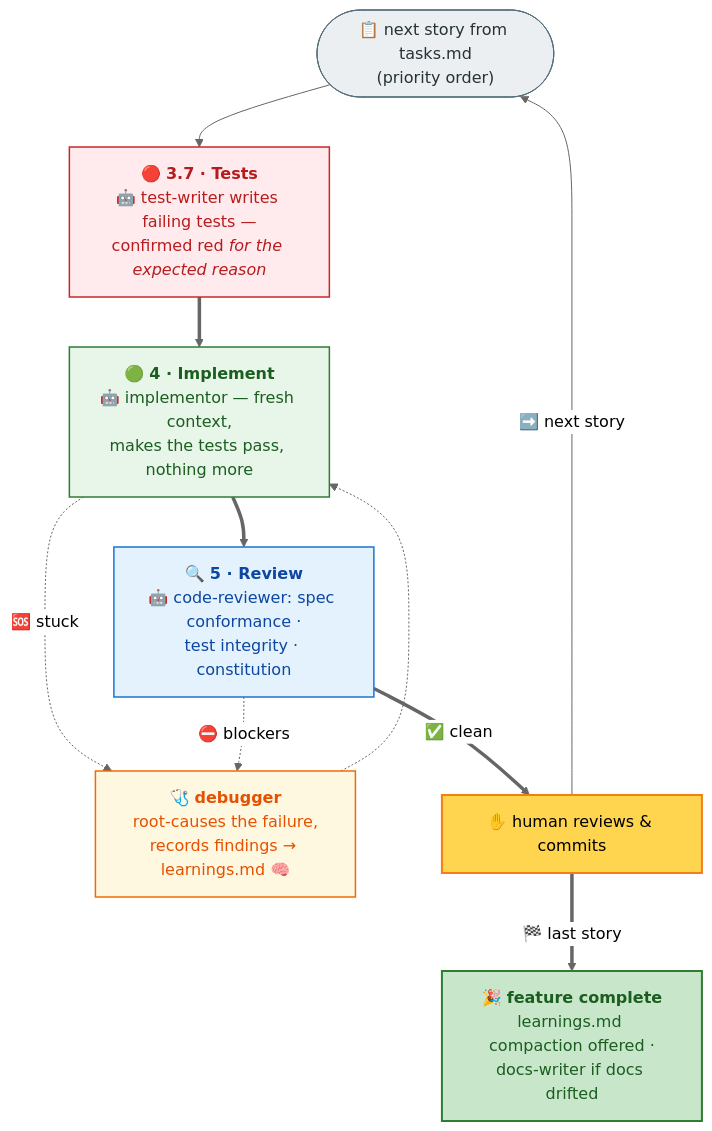
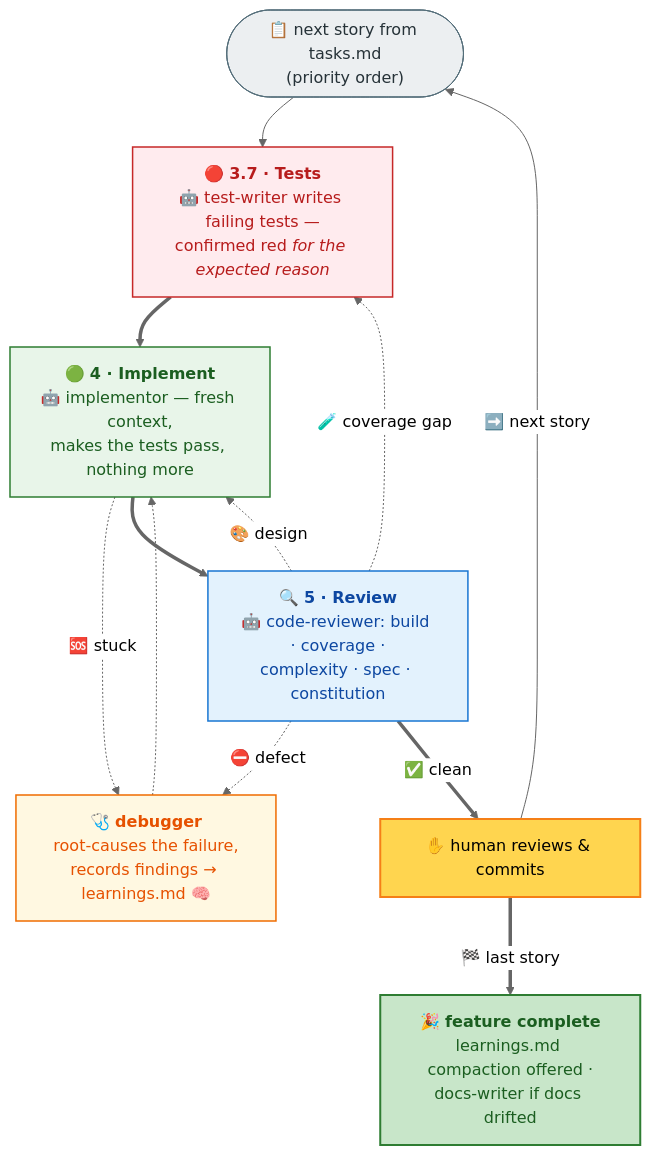
Before and after one commit to saptarshibasu/spec-driven-development: the fourth of 5 diagrams in README.md, drawn with Mermaid (neutral theme). The commit also changed 26 other files, not shown here.

Commit message:
add steps to do cognitive analysis, static analysis, code coverage. Added instructions to invoke approval gates when a feature is resumed.

````diff
--- a/README.md
+++ b/README.md
@@ -186,33 +186,35 @@
 ```mermaid
 flowchart TD
     PICK(["📋 next story from tasks.md<br/>(priority order)"]) --> TW
 
     TW["🔴 <b>3.7 · Tests</b><br/>🤖 test-writer writes failing tests —<br/>confirmed red <i>for the expected reason</i>"] ==> IM
     IM["🟢 <b>4 · Implement</b><br/>🤖 implementor — fresh context,<br/>makes the tests pass, nothing more"]
 
     IM -.->|"🆘 stuck"| DB["🩺 <b>debugger</b><br/>root-causes the failure,<br/>records findings → learnings.md 🧠"]
     DB -.-> IM
 
-    IM ==> RV["🔍 <b>5 · Review</b><br/>🤖 code-reviewer: spec conformance ·<br/>test integrity · constitution"]
-    RV -.->|"⛔ blockers"| DB
+    IM ==> RV["🔍 <b>5 · Review</b><br/>🤖 code-reviewer: build · coverage ·<br/>complexity · spec · constitution"]
+    RV -.->|"⛔ defect"| DB
+    RV -.->|"🎨 design"| IM
+    RV -.->|"🧪 coverage gap"| TW
     RV ==>|"✅ clean"| CM["✋ human reviews & commits"]
 
     CM -->|"➡️ next story"| PICK
     CM ==>|"🏁 last story"| FIN["🎉 <b>feature complete</b><br/>learnings.md compaction offered ·<br/>docs-writer if docs drifted"]
 
     classDef red fill:#ffebee,stroke:#c62828,stroke-width:1.5px,color:#b71c1c
     classDef green fill:#e8f5e9,stroke:#2e7d32,stroke-width:1.5px,color:#1b5e20
     classDef review fill:#e3f2fd,stroke:#1976d2,stroke-width:1.5px,color:#0d47a1
     classDef debug fill:#fff8e1,stroke:#ef6c00,stroke-width:1.5px,color:#e65100
     classDef human fill:#ffd54f,stroke:#f57f17,stroke-width:2px,color:#000
     classDef done fill:#c8e6c9,stroke:#2e7d32,stroke-width:2px,color:#1b5e20
     classDef input fill:#eceff1,stroke:#546e7a,color:#263238
 
     class TW red
     class IM green
     class RV review
     class DB debug
     class CM human
     class FIN done
     class PICK input
 ```
````
